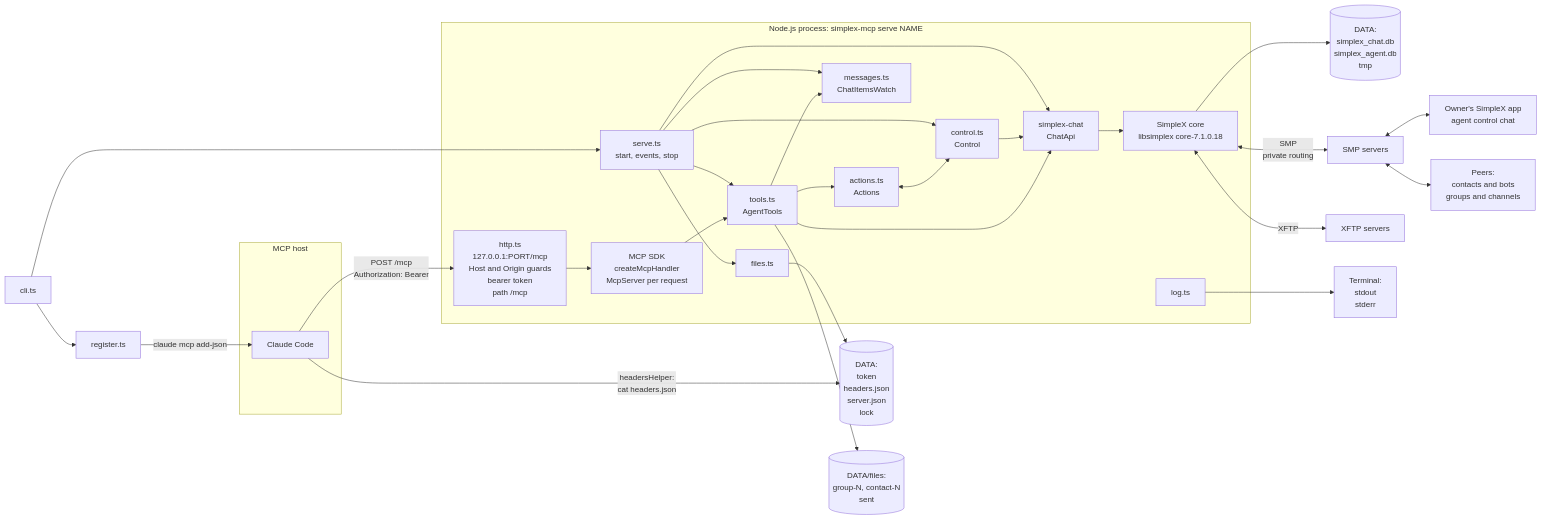
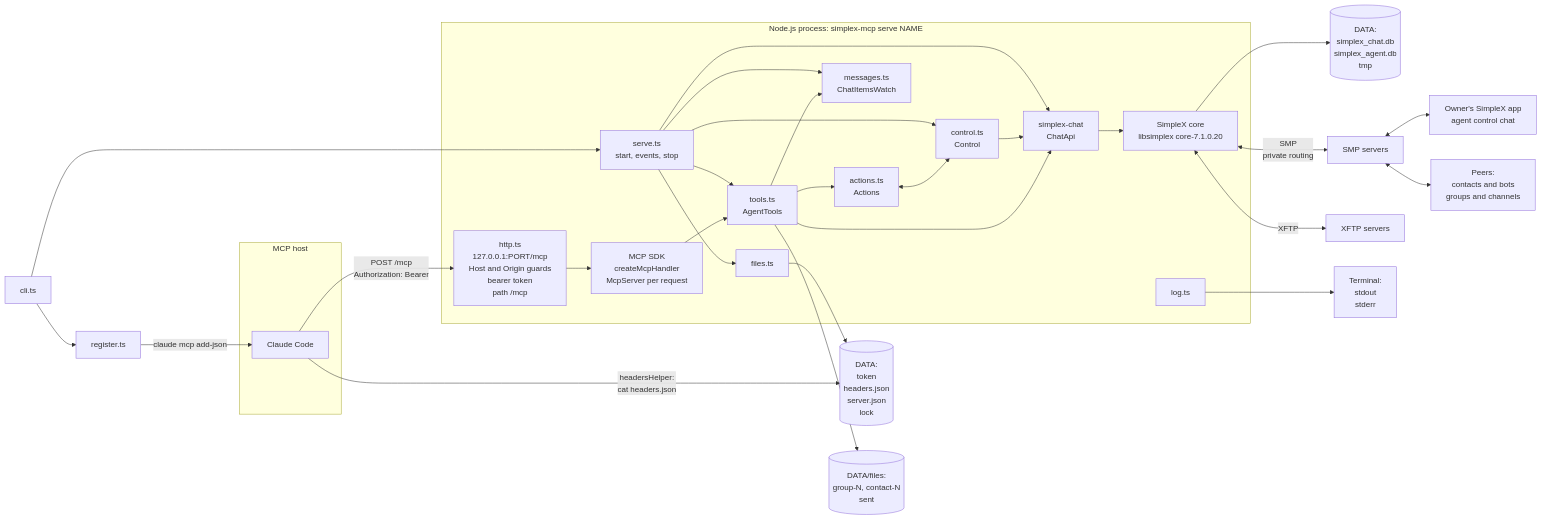
One commit to simplex-chat/simplex-chat changed the first of 2 diagrams in packages/simplex-chat-mcp/spec/architecture.md. Above: the diagram before and after it, drawn with Mermaid. The commit also changed other lines of this file and 4 other files, not shown here.

````diff
--- a/packages/simplex-chat-mcp/spec/architecture.md
+++ b/packages/simplex-chat-mcp/spec/architecture.md
@@ -26,44 +26,44 @@
 ```mermaid
 flowchart LR
   subgraph host["MCP host"]
     cc["Claude Code"]
   end
   subgraph proc["Node.js process: simplex-mcp serve NAME"]
     http["http.ts<br/>127.0.0.1:PORT/mcp<br/>Host and Origin guards<br/>bearer token<br/>path /mcp"]
     sdk["MCP SDK<br/>createMcpHandler<br/>McpServer per request"]
     tools["tools.ts<br/>AgentTools"]
     actions["actions.ts<br/>Actions"]
     control["control.ts<br/>Control"]
     messages["messages.ts<br/>ChatItemsWatch"]
     serve["serve.ts<br/>start, events, stop"]
     files["files.ts"]
     log["log.ts"]
     lib["simplex-chat<br/>ChatApi"]
-    core["SimpleX core<br/>libsimplex core-7.1.0.18"]
+    core["SimpleX core<br/>libsimplex core-7.1.0.20"]
   end
   cli["cli.ts"] --> serve
   cli --> register["register.ts"]
   register -->|"claude mcp add-json"| cc
   cc -->|"headersHelper:<br/>cat headers.json"| data
   cc -->|"POST /mcp<br/>Authorization: Bearer"| http
   http --> sdk --> tools
   tools --> actions
   actions <--> control
   tools --> messages
   serve --> control
   serve --> tools
   serve --> messages
   serve --> files
   files --> data[("DATA:<br/>token<br/>headers.json<br/>server.json<br/>lock")]
   tools --> folder[("DATA/files:<br/>group-N, contact-N<br/>sent")]
   tools --> lib
   control --> lib
   serve --> lib
   lib --> core
   core --> db[("DATA:<br/>simplex_chat.db<br/>simplex_agent.db<br/>tmp")]
   core <-->|"SMP<br/>private routing"| smp["SMP servers"]
   core <-->|"XFTP"| xftp["XFTP servers"]
   smp <--> owner["Owner's SimpleX app<br/>agent control chat"]
   smp <--> peers["Peers:<br/>contacts and bots<br/>groups and channels"]
   log --> term["Terminal:<br/>stdout<br/>stderr"]
 ```
````
